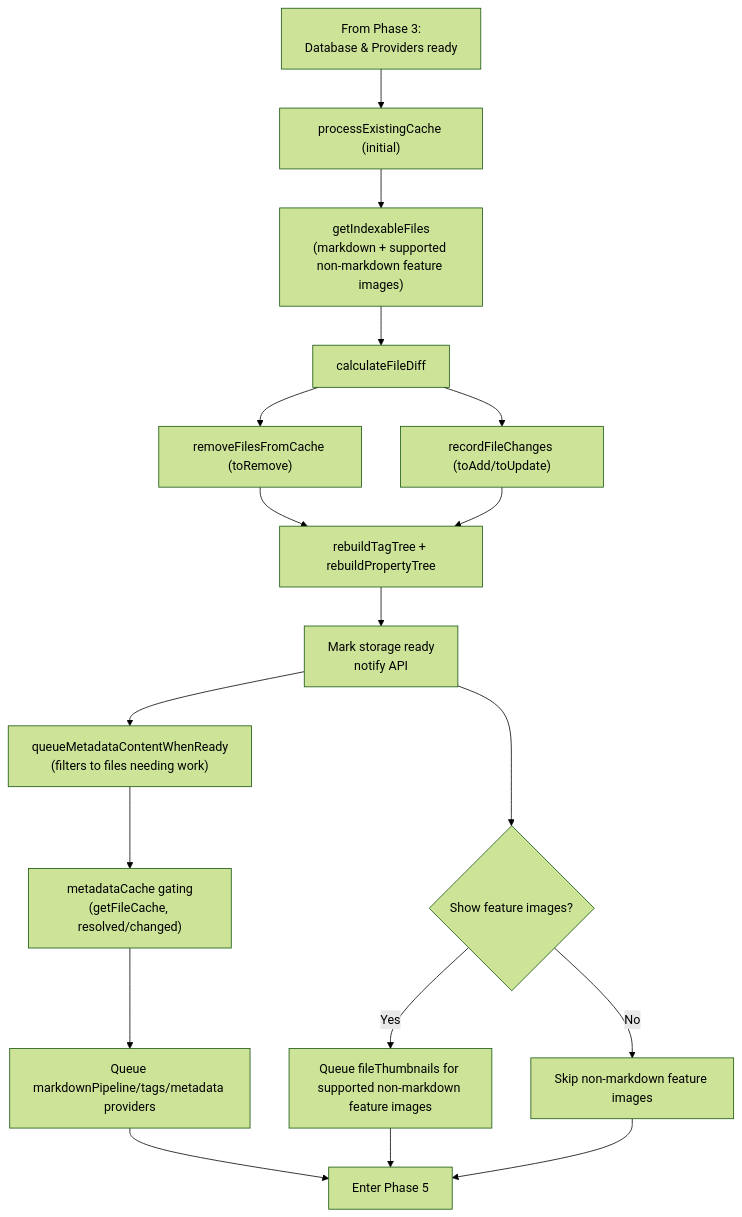
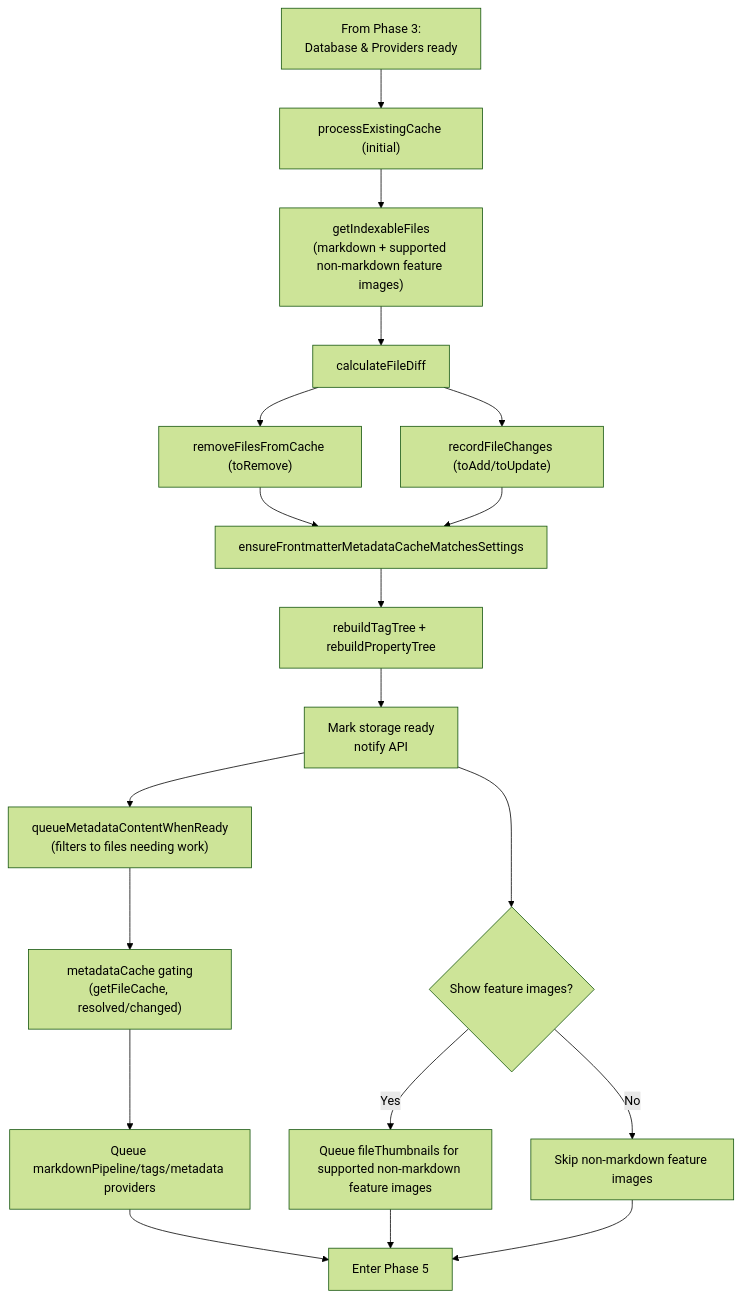
The diagram in docs/startup-process.md (johansan/notebook-navigator), drawn with Mermaid (forest theme) before and after one commit. The commit also changed other lines of this file, not shown here.

````diff
--- a/docs/startup-process.md
+++ b/docs/startup-process.md
@@ -301,27 +310,29 @@
 ```mermaid
 graph TD
     Start["From Phase 3:<br/>Database & Providers ready"] --> A["processExistingCache (initial)"]
 
     A --> B["getIndexableFiles<br/>(markdown + supported non-markdown feature images)"]
     B --> C[calculateFileDiff]
 
     C --> D["removeFilesFromCache (toRemove)"]
     C --> E["recordFileChanges (toAdd/toUpdate)"]
 
-    D --> F[rebuildTagTree + rebuildPropertyTree]
-    E --> F
+    D --> FM["ensureFrontmatterMetadataCacheMatchesSettings"]
+    E --> FM
+
+    FM --> F[rebuildTagTree + rebuildPropertyTree]
 
     F --> G[Mark storage ready<br/>notify API]
 
     G --> H["queueMetadataContentWhenReady<br/>(filters to files needing work)"]
     H --> I["metadataCache gating<br/>(getFileCache, resolved/changed)"]
     I --> J["Queue markdownPipeline/tags/metadata providers"]
 
     G --> K{Show feature images?}
     K -->|Yes| L[Queue fileThumbnails for supported non-markdown feature images]
     K -->|No| M[Skip non-markdown feature images]
 
     J --> N[Enter Phase 5]
     L --> N
     M --> N
 ```
````
